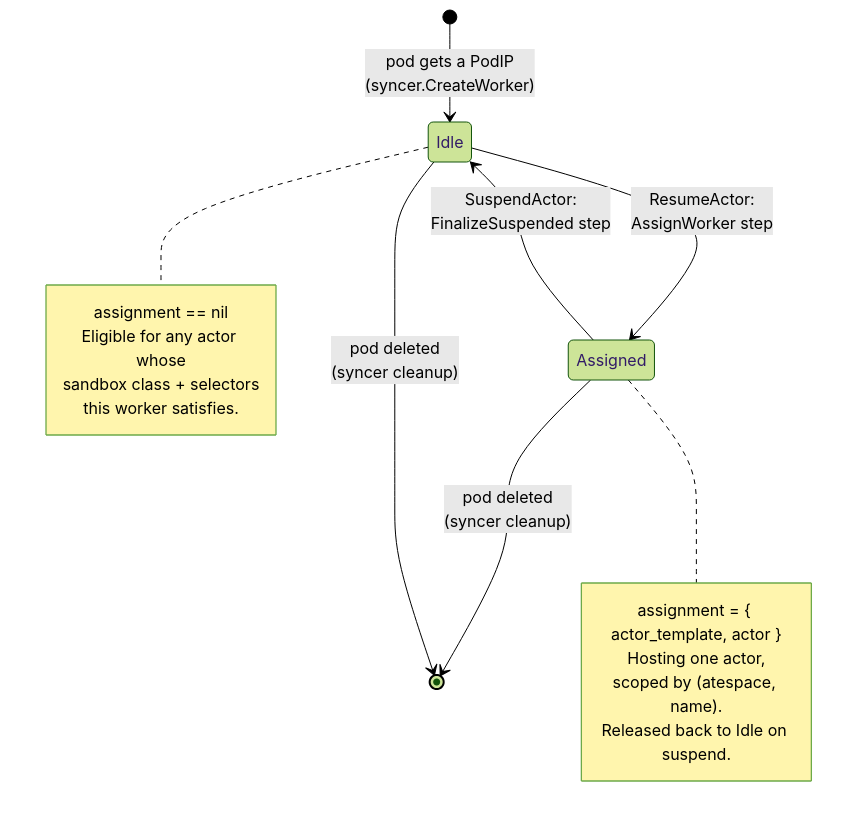
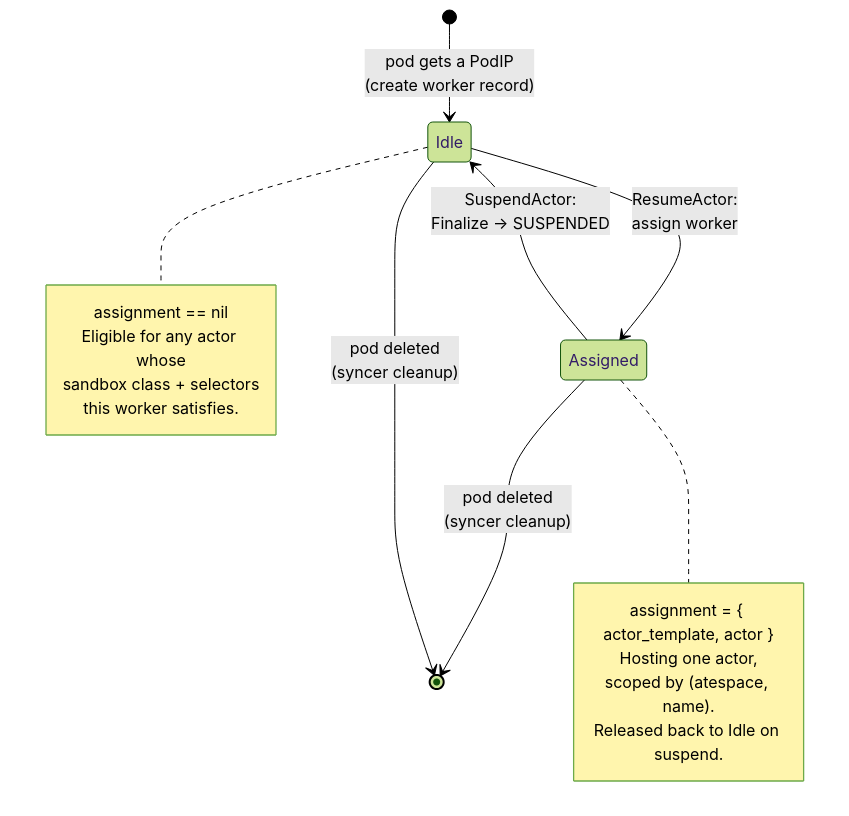
Before and after one commit to christian-posta/substrate: the first of 3 diagrams in atlas/src/content/docs/flows/worker-lifecycle.mdx, drawn with Mermaid (forest theme). The commit also changed other lines of this file and 27 other files, not shown here.

````diff
--- a/atlas/src/content/docs/flows/worker-lifecycle.mdx
+++ b/atlas/src/content/docs/flows/worker-lifecycle.mdx
@@ -18,22 +18,22 @@
 ```mermaid
 stateDiagram-v2
-  [*] --> Idle: pod gets a PodIP<br/>(syncer.CreateWorker)
-  Idle --> Assigned: ResumeActor:<br/>AssignWorker step
-  Assigned --> Idle: SuspendActor:<br/>FinalizeSuspended step
+  [*] --> Idle: pod gets a PodIP<br/>(create worker record)
+  Idle --> Assigned: ResumeActor:<br/>assign worker
+  Assigned --> Idle: SuspendActor:<br/>Finalize → SUSPENDED
   Assigned --> [*]: pod deleted<br/>(syncer cleanup)
   Idle --> [*]: pod deleted<br/>(syncer cleanup)
 
   note right of Idle
     assignment == nil
     Eligible for any actor whose
     sandbox class + selectors
     this worker satisfies.
   end note
 
   note right of Assigned
     assignment = { actor_template, actor }
     Hosting one actor,
     scoped by (atespace, name).
     Released back to Idle on suspend.
   end note
 ```
````
